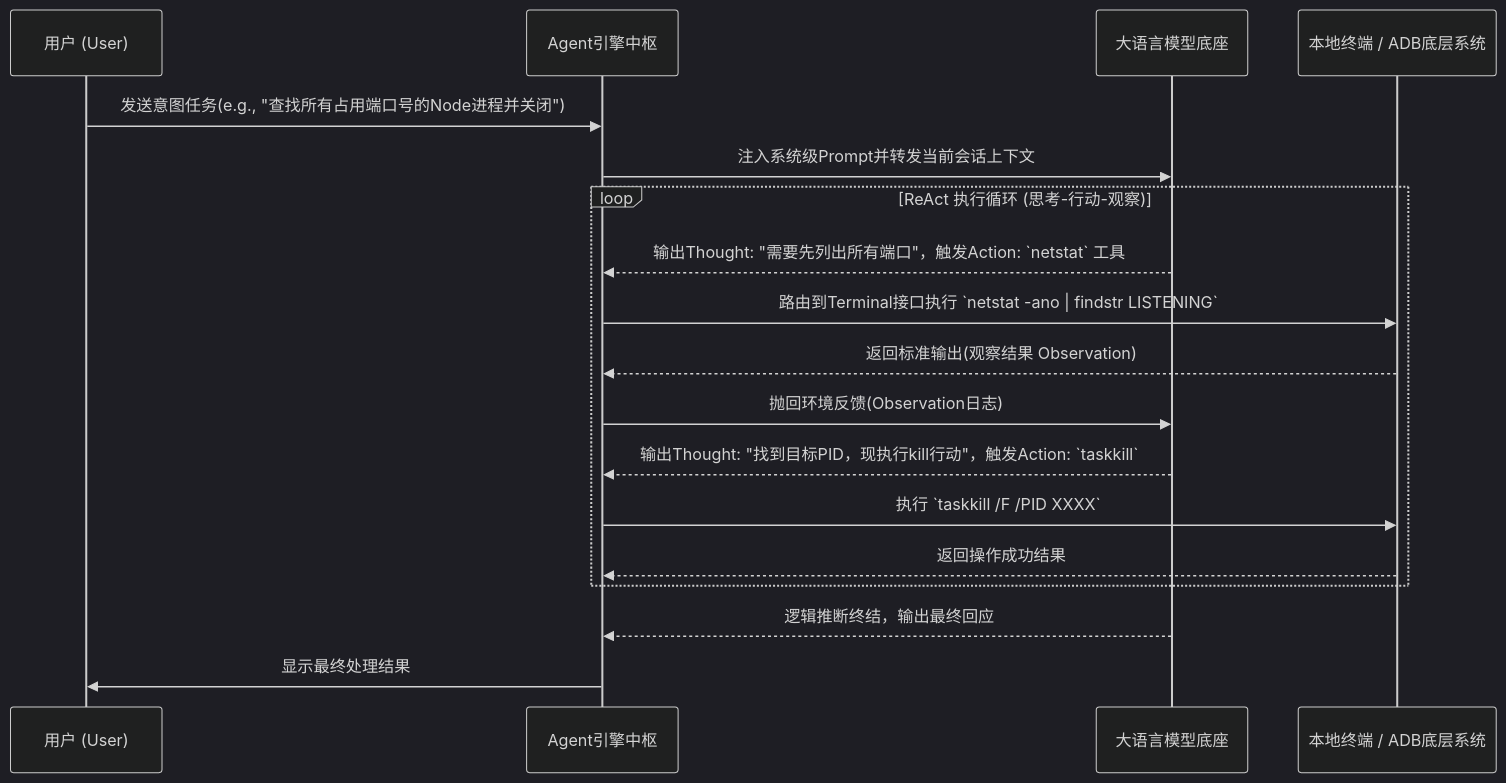
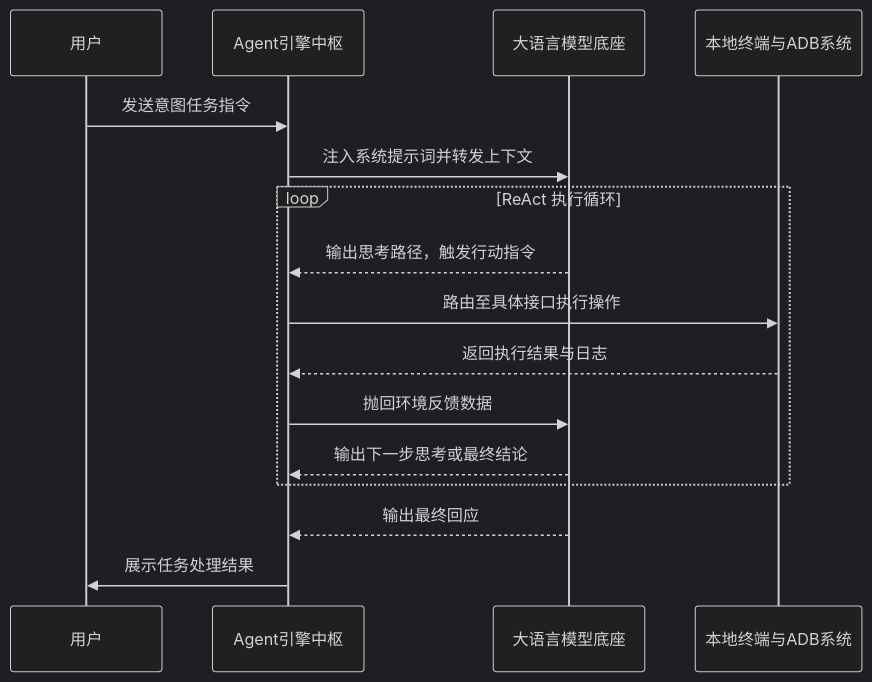
Before and after one commit to liusongqin/Agent-Playground-Paper: the fourth of 10 diagrams in Paper-2.md, drawn with Mermaid (dark theme).

````diff
--- a/Paper-2.md
+++ b/Paper-2.md
@@ -134,24 +134,21 @@
 ```mermaid
 sequenceDiagram
-    participant User as 用户 (User)
+    participant User as 用户
     participant Agent as Agent引擎中枢
     participant LLM as 大语言模型底座
-    participant Tools as 本地终端 / ADB底层系统
+    participant Tools as 本地终端与ADB系统
 
-    User->>Agent: 发送意图任务(e.g., "查找所有占用端口号的Node进程并关闭")
-    Agent->>LLM: 注入系统级Prompt并转发当前会话上下文
+    User->>Agent: 发送意图任务指令
+    Agent->>LLM: 注入系统提示词并转发上下文
     
-    loop ReAct 执行循环 (思考-行动-观察)
-        LLM-->>Agent: 输出Thought: "需要先列出所有端口"，触发Action: `netstat` 工具
-        Agent->>Tools: 路由到Terminal接口执行 `netstat -ano | findstr LISTENING`
-        Tools-->>Agent: 返回标准输出(观察结果 Observation)
-        
-        Agent->>LLM: 抛回环境反馈(Observation日志)
-        LLM-->>Agent: 输出Thought: "找到目标PID，现执行kill行动"，触发Action: `taskkill`
-        Agent->>Tools: 执行 `taskkill /F /PID XXXX`
-        Tools-->>Agent: 返回操作成功结果
+    loop ReAct 执行循环
+        LLM-->>Agent: 输出思考路径，触发行动指令
+        Agent->>Tools: 路由至具体接口执行操作
+        Tools-->>Agent: 返回执行结果与日志
+        Agent->>LLM: 抛回环境反馈数据
+        LLM-->>Agent: 输出下一步思考或最终结论
     end
     
-    LLM-->>Agent: 逻辑推断终结，输出最终回应
-    Agent->>User: 显示最终处理结果
+    LLM-->>Agent: 输出最终回应
+    Agent->>User: 展示任务处理结果
 ```
````
